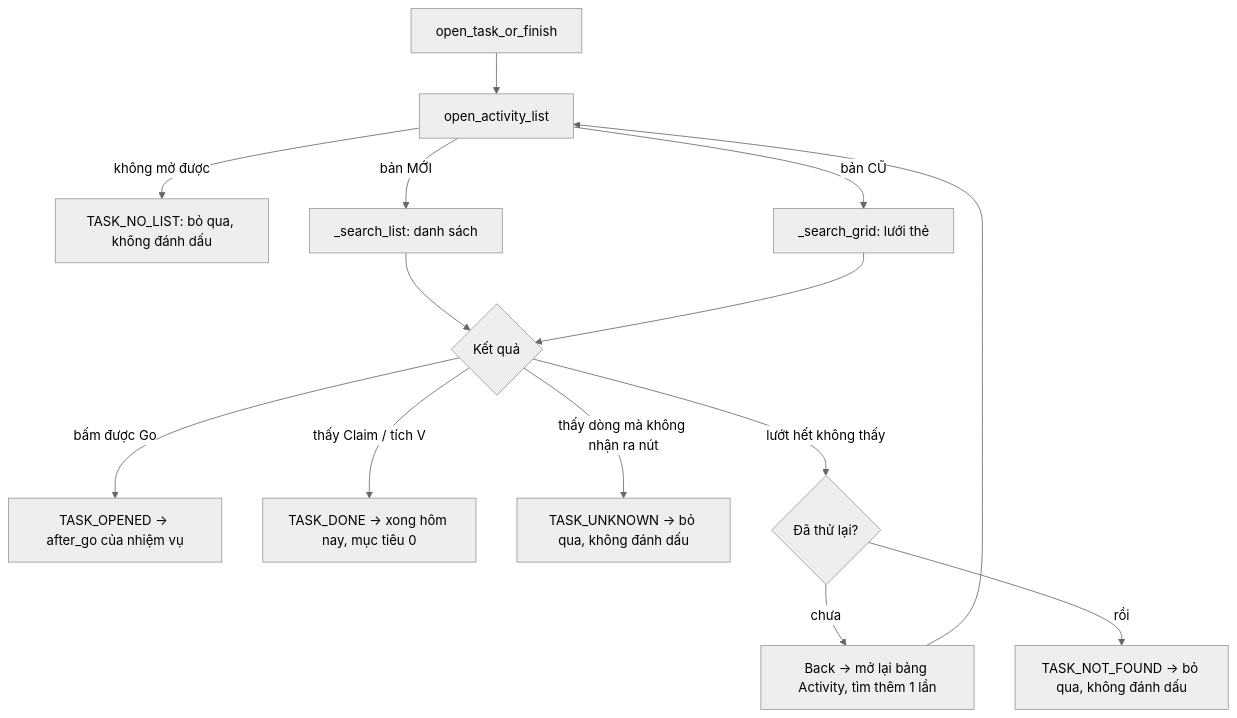
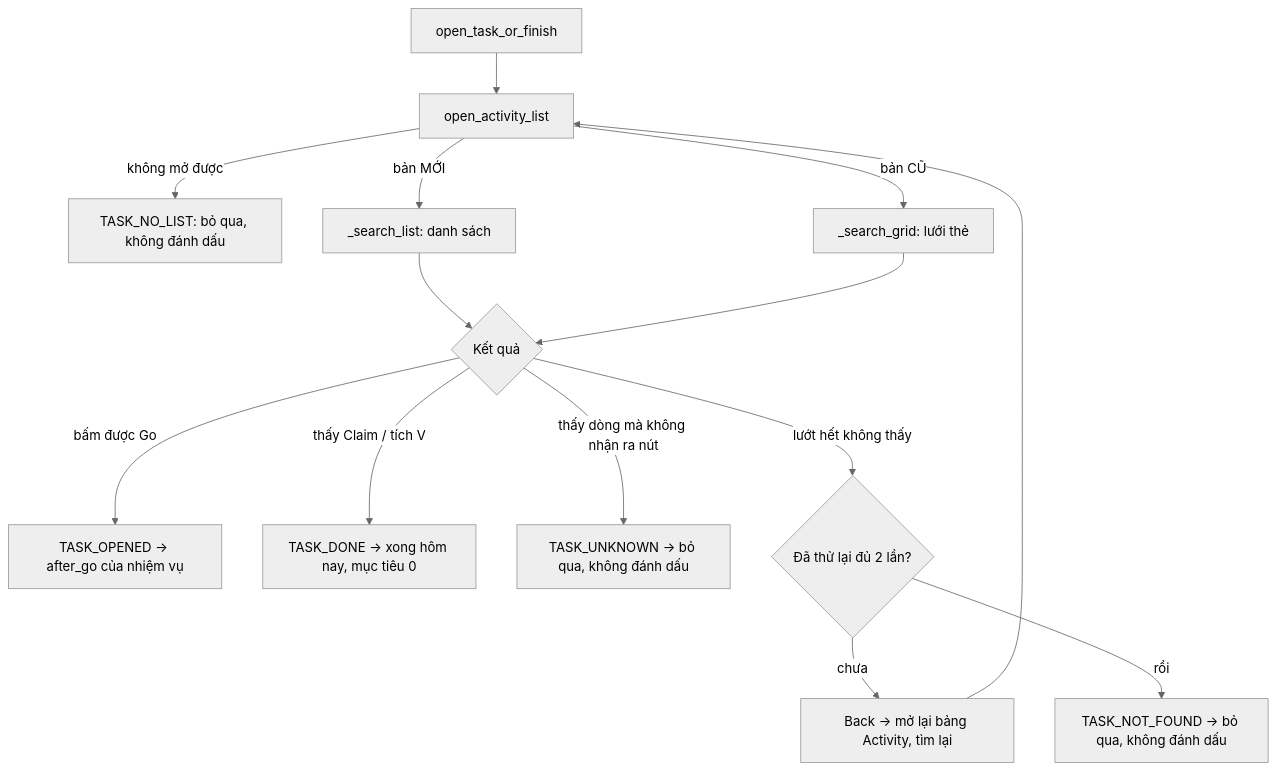
Before and after one commit to Hoangkz/EvonyBot: the first of 2 diagrams in bot/activities/daily_activities/OPEN_TASK.md, drawn with Mermaid (neutral theme). The commit also changed other lines of this file and 8 other files, not shown here.

````diff
--- a/bot/activities/daily_activities/OPEN_TASK.md
+++ b/bot/activities/daily_activities/OPEN_TASK.md
@@ -12,15 +12,15 @@
 ```mermaid
 flowchart TD
     A[open_task_or_finish] --> B[open_activity_list]
     B -->|không mở được| NL[TASK_NO_LIST: bỏ qua, không đánh dấu]
     B -->|bản MỚI| L[_search_list: danh sách]
     B -->|bản CŨ| G[_search_grid: lưới thẻ]
     L --> R{Kết quả}
     G --> R
     R -->|bấm được Go| OK[TASK_OPENED → after_go của nhiệm vụ]
     R -->|thấy Claim / tích V| D[TASK_DONE → xong hôm nay, mục tiêu 0]
     R -->|thấy dòng mà không nhận ra nút| U[TASK_UNKNOWN → bỏ qua, không đánh dấu]
-    R -->|lướt hết không thấy| N{Đã thử lại?}
-    N -->|chưa| BK[Back → mở lại bảng Activity, tìm thêm 1 lần] --> B
+    R -->|lướt hết không thấy| N{Đã thử lại đủ 2 lần?}
+    N -->|chưa| BK[Back → mở lại bảng Activity, tìm lại] --> B
     N -->|rồi| NF[TASK_NOT_FOUND → bỏ qua, không đánh dấu]
 ```
````
